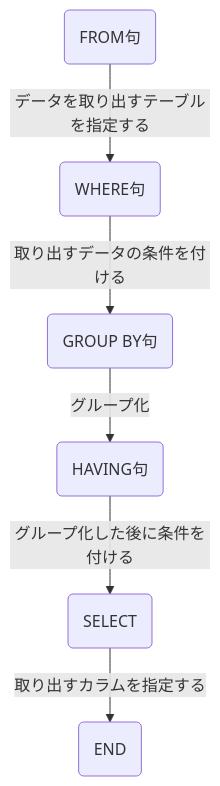
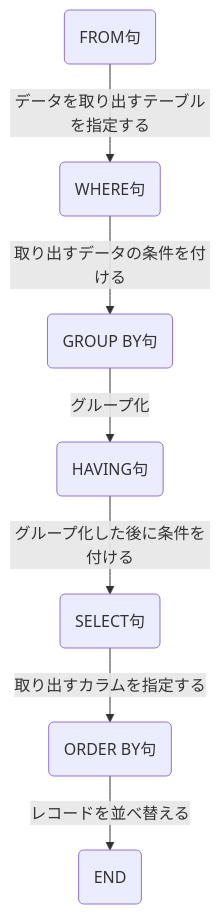
The diagram in books/basic-postgresql/free-trivia.md (aew2sbee/zenn), drawn with Mermaid before and after one commit. The commit also changed 3 other files, not shown here.

Commit message:
create free-select-order-by-multiple

````diff
--- a/books/basic-postgresql/free-trivia.md
+++ b/books/basic-postgresql/free-trivia.md
@@ -29,8 +29,9 @@
 ```mermaid
 graph TB
     A(FROM句) --> |データを取り出すテーブルを指定する| B(WHERE句)
     B --> |取り出すデータの条件を付ける| C(GROUP BY句)
     C --> |グループ化| D(HAVING句)
-    D --> |グループ化した後に条件を付ける| E(SELECT )　
-    E --> |取り出すカラムを指定する| F(END)
+    D --> |グループ化した後に条件を付ける| E(SELECT句)　
+    E --> |取り出すカラムを指定する| F(ORDER BY句)
+    F --> |レコードを並べ替える| H(END)
 ```
````
